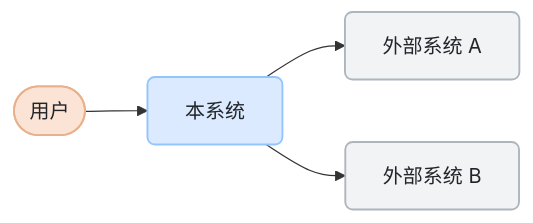
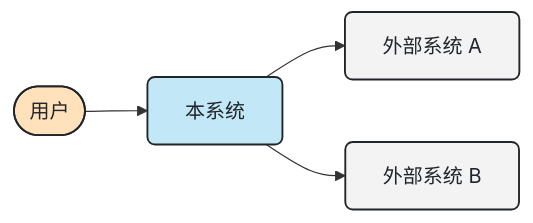
Before and after one commit to skybosi/dsh-skills: the ninth of 25 diagrams in figure-maker/TYPES.md, drawn with Mermaid. The commit also changed other lines of this file and 43 other files, not shown here.

First line of the commit message:
figure-maker：合并 nn_single / arch_diagram 两个新图型 + 色板单一来源 + 逐字节可复现 + A 类图族化

````diff
--- a/figure-maker/TYPES.md
+++ b/figure-maker/TYPES.md
@@ -320,12 +327,12 @@
 ```mermaid
 flowchart LR
   U([用户]) --> S[本系统]
   S --> E1[外部系统 A]
   S --> E2[外部系统 B]
-  classDef person fill:#FBE4D5,stroke:#E9B08A,stroke-width:1.5px,color:#212529,rx:6,ry:6;
-  classDef sys fill:#DBEAFE,stroke:#93C5FD,stroke-width:1.5px,color:#212529,rx:6,ry:6;
-  classDef ext fill:#F1F3F5,stroke:#ADB5BD,stroke-width:1.5px,color:#212529,rx:6,ry:6;
+  classDef person fill:#FFE2BB,stroke:#212529,stroke-width:1.5px,color:#212529,rx:6,ry:6;
+  classDef sys fill:#C2E8F7,stroke:#212529,stroke-width:1.5px,color:#212529,rx:6,ry:6;
+  classDef ext fill:#F3F3F4,stroke:#212529,stroke-width:1.5px,color:#212529,rx:6,ry:6;
   class U person;
   class S sys;
   class E1,E2 ext;
 ```
````
